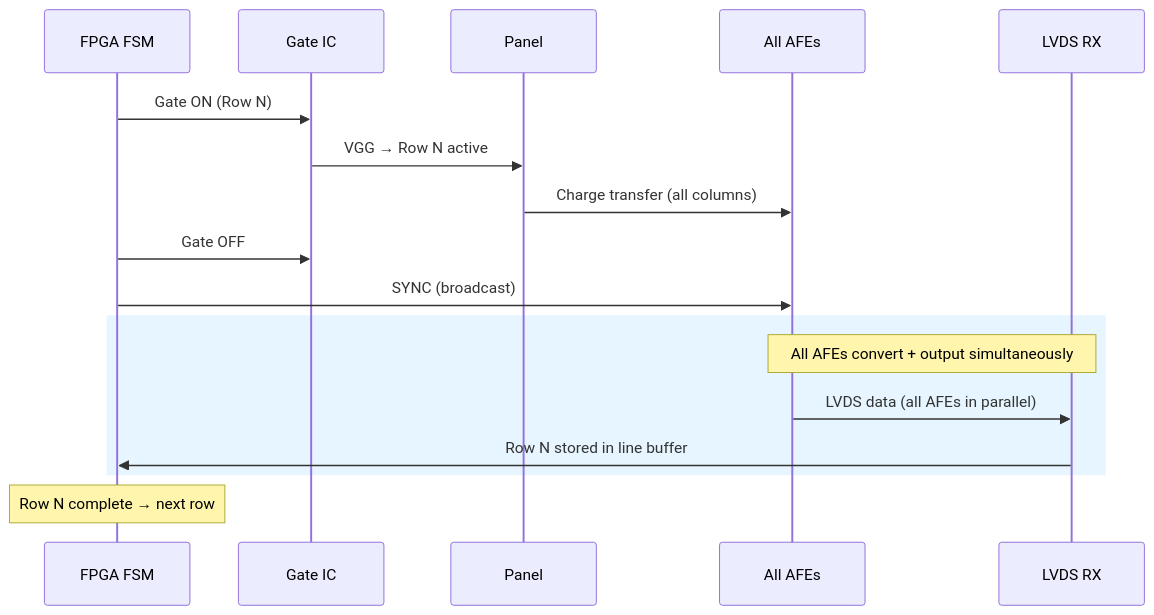
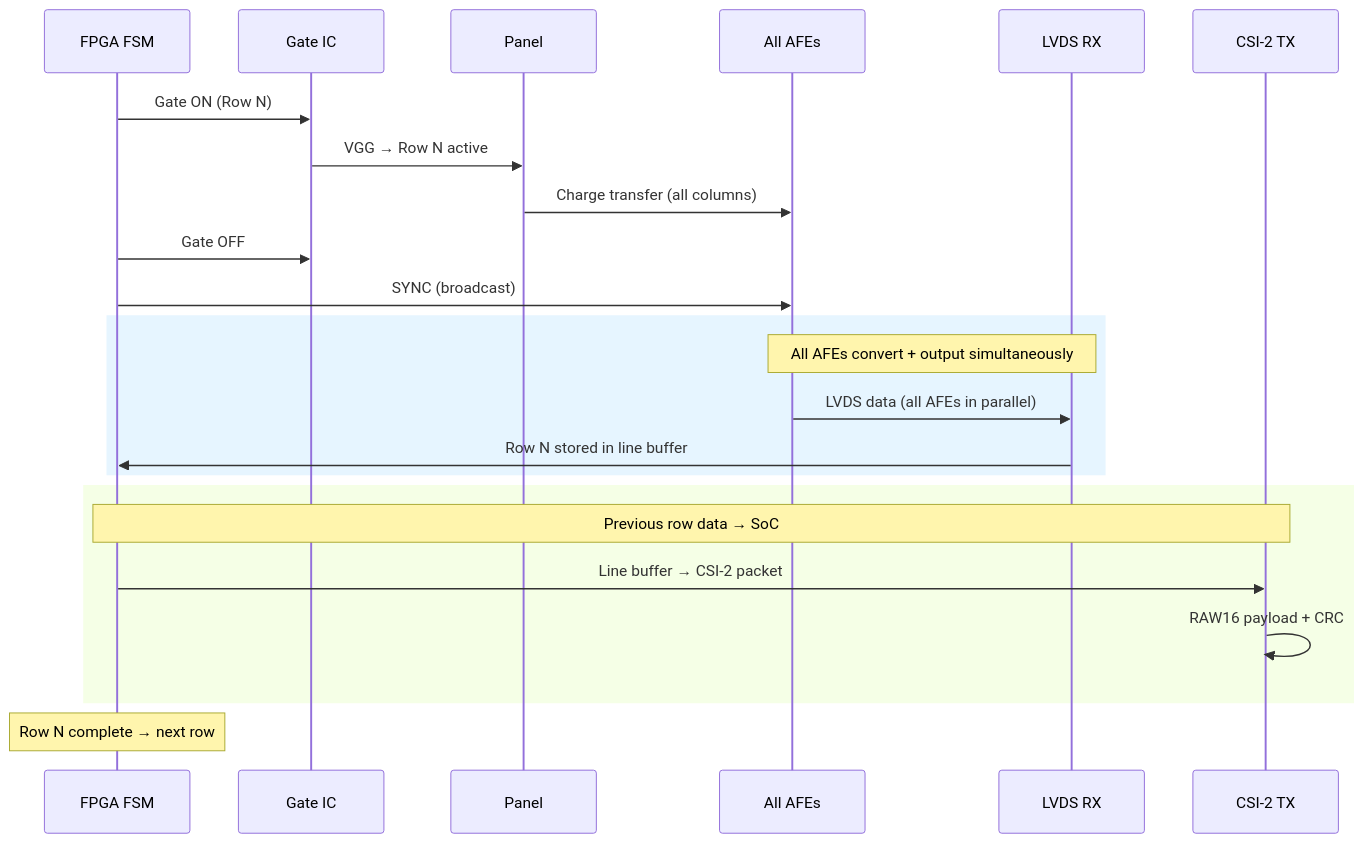
The third of 6 diagrams in README.md (holee9/panel-operation), drawn with Mermaid before and after one commit. The commit also changed other lines of this file and 6 other files, not shown here.

````diff
--- a/README.md
+++ b/README.md
@@ -107,22 +113,29 @@
 ```mermaid
 sequenceDiagram
     participant FSM as FPGA FSM
     participant GATE as Gate IC
     participant PANEL as Panel
     participant AFE as All AFEs
     participant RX as LVDS RX
+    participant CSI as CSI-2 TX
 
     FSM ->> GATE: Gate ON (Row N)
     GATE ->> PANEL: VGG → Row N active
     PANEL ->> AFE: Charge transfer (all columns)
     FSM ->> GATE: Gate OFF
     FSM ->> AFE: SYNC (broadcast)
 
     rect rgb(230, 245, 255)
         Note over AFE,RX: All AFEs convert + output simultaneously
         AFE ->> RX: LVDS data (all AFEs in parallel)
         RX ->> FSM: Row N stored in line buffer
     end
 
+    rect rgb(245, 255, 230)
+        Note over FSM,CSI: Previous row data → SoC
+        FSM ->> CSI: Line buffer → CSI-2 packet
+        CSI ->> CSI: RAW16 payload + CRC
+    end
+
     Note over FSM: Row N complete → next row
 ```
````
